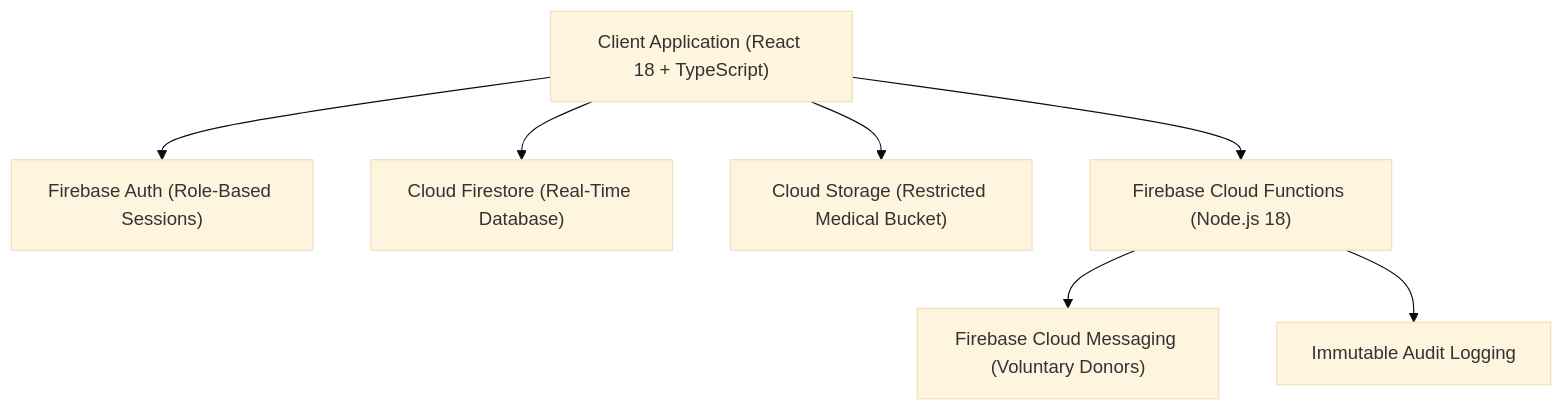
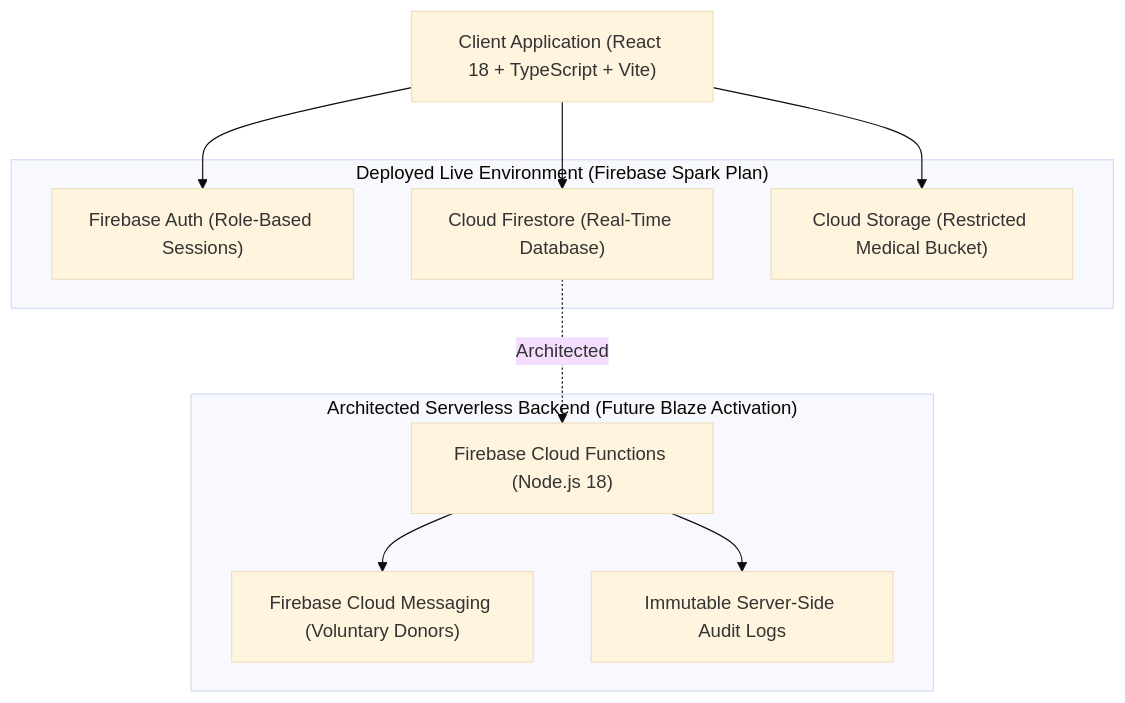
The first of 2 diagrams in README.md (imdhilipreddy45/lifebridge-india), drawn with Mermaid (base theme) before and after one commit. The commit also changed other lines of this file and 5 other files, not shown here.

````diff
--- a/README.md
+++ b/README.md
@@ -18,10 +42,20 @@
 ```mermaid
 graph TD
-    User["Client Application (React 18 + TypeScript)"] --> Auth["Firebase Auth (Role-Based Sessions)"]
+    User["Client Application (React 18 + TypeScript + Vite)"] --> Auth["Firebase Auth (Role-Based Sessions)"]
     User --> DB["Cloud Firestore (Real-Time Database)"]
     User --> Storage["Cloud Storage (Restricted Medical Bucket)"]
-    User --> Functions["Firebase Cloud Functions (Node.js 18)"]
+    
+    subgraph Deployed_Live_Environment ["Deployed Live Environment (Firebase Spark Plan)"]
+        Auth
+        DB
+        Storage
+    end
 
-    Functions --> FCM["Firebase Cloud Messaging (Voluntary Donors)"]
-    Functions --> Audit["Immutable Audit Logging"]
+    subgraph Architected_Serverless_Backend ["Architected Serverless Backend (Future Blaze Activation)"]
+        Functions["Firebase Cloud Functions (Node.js 18)"]
+        Functions --> FCM["Firebase Cloud Messaging (Voluntary Donors)"]
+        Functions --> Audit["Immutable Server-Side Audit Logs"]
+    end
+
+    DB -. Architected .-> Functions
 ```
````
